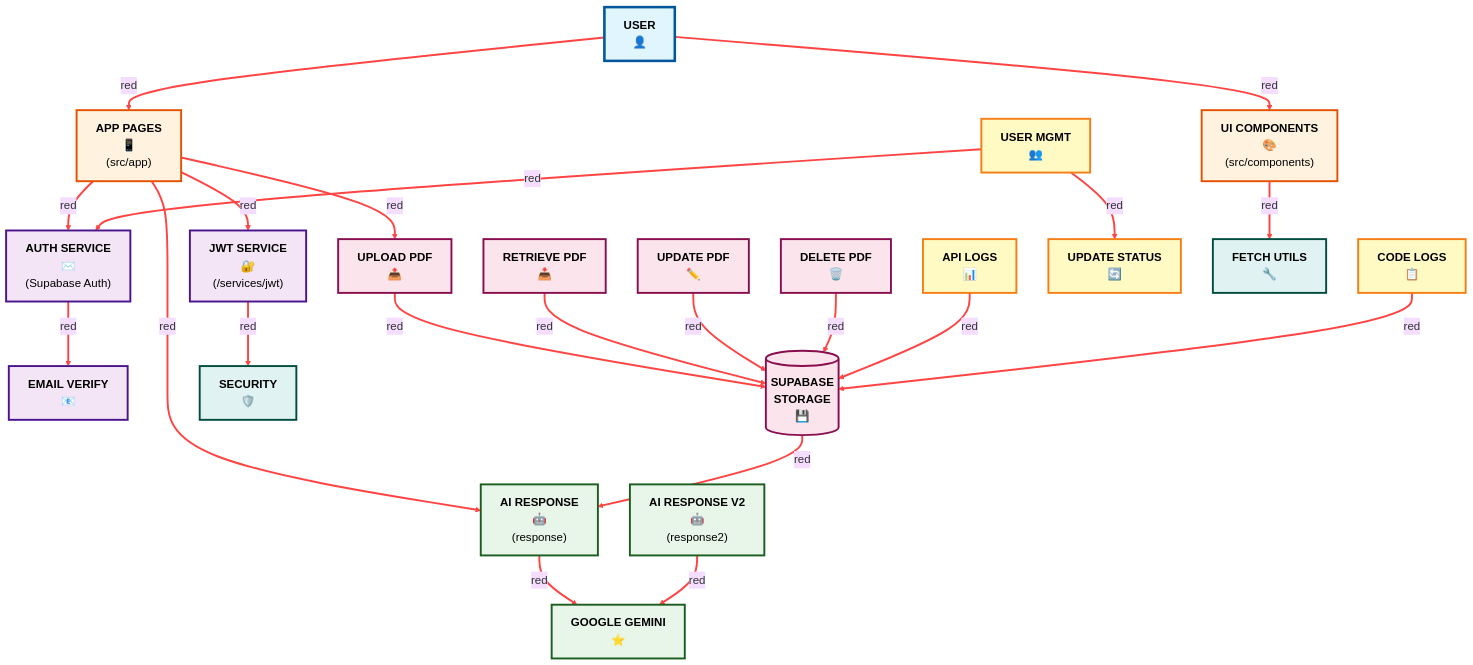
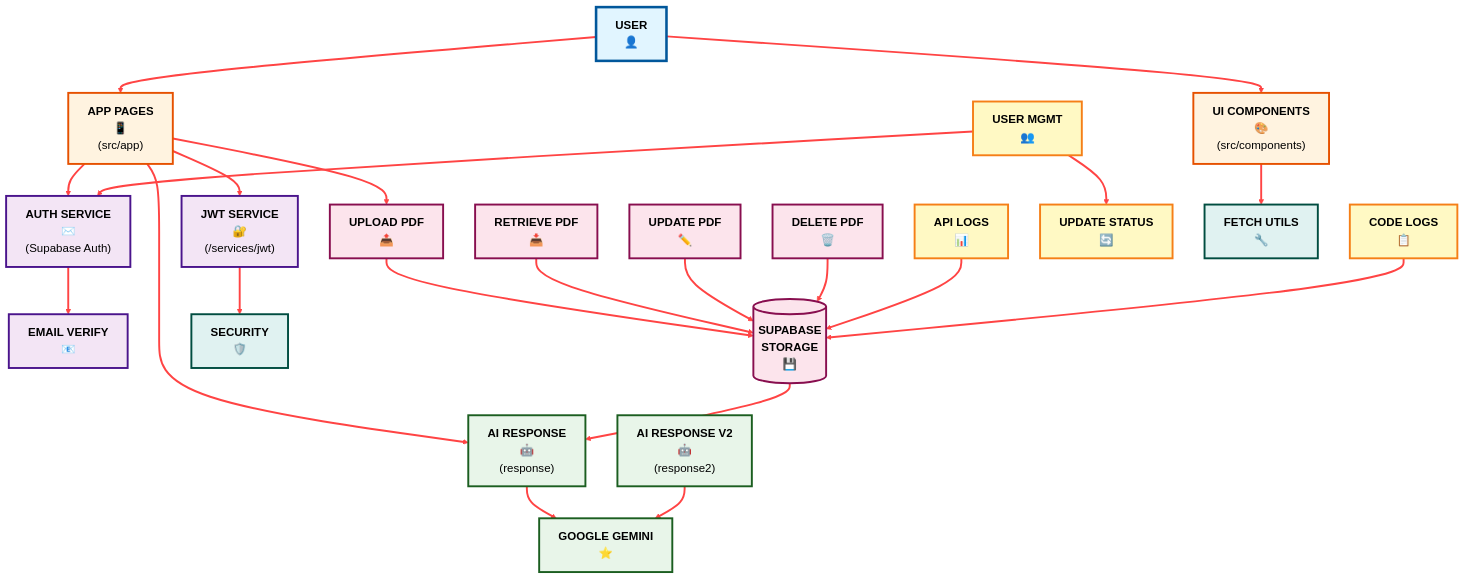
The diagram in README.md (cordyStackX/lccb_ai_2), drawn with Mermaid before and after one commit.

Commit message:
feat: enhance architecture diagram in README with improved color coding for better visual clarity

```diff
--- a/README.md
+++ b/README.md
@@ -106,34 +106,34 @@
     Fetch_Utils["<b>FETCH UTILS</b><br/>🔧"]
     
     %% ===== Flow Connections =====
-    User -->|red| UI_Pages
-    User -->|red| UI_Components
+    User --> UI_Pages
+    User --> UI_Components
     
-    UI_Pages -->|red| JWT_Service
-    UI_Pages -->|red| Auth_Service
-    UI_Pages -->|red| AI_Response
-    UI_Pages -->|red| Upload_PDF
+    UI_Pages --> JWT_Service
+    UI_Pages -->Auth_Service
+    UI_Pages -->AI_Response
+    UI_Pages --> Upload_PDF
     
-    UI_Components -->|red| Fetch_Utils
+    UI_Components -->Fetch_Utils
     
-    JWT_Service -->|red| Security_Helper
-    Auth_Service -->|red| Email_Verification
+    JWT_Service -->Security_Helper
+    Auth_Service -->Email_Verification
     
-    AI_Response -->|red| Gemini_API
-    AI_Response2 -->|red| Gemini_API
+    AI_Response -->Gemini_API
+    AI_Response2 --> Gemini_API
     
-    Manage_User -->|red| Auth_Service
-    Manage_User -->|red| Update_Status
+    Manage_User -->Auth_Service
+    Manage_User --> Update_Status
     
-    Upload_PDF -->|red| Storage
-    Retrieve_PDF -->|red| Storage
-    Update_PDF -->|red| Storage
-    Delete_PDF -->|red| Storage
+    Upload_PDF --> Storage
+    Retrieve_PDF -->Storage
+    Update_PDF -->Storage
+    Delete_PDF -->Storage
     
-    API_Logs -->|red| Storage
-    Code_Logs -->|red| Storage
+    API_Logs -->Storage
+    Code_Logs -->Storage
     
-    Storage -->|red| AI_Response
+    Storage -->AI_Response
     
     %% ===== Styling =====
     linkStyle default stroke:#ff4444,stroke-width:3px
```
